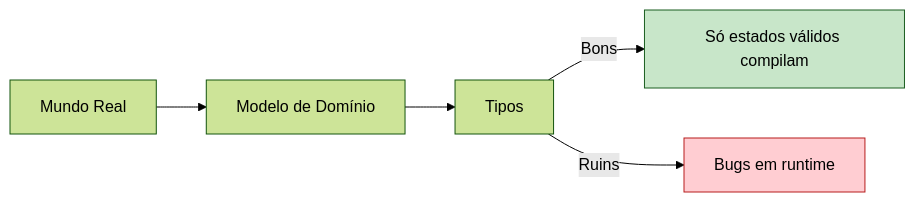
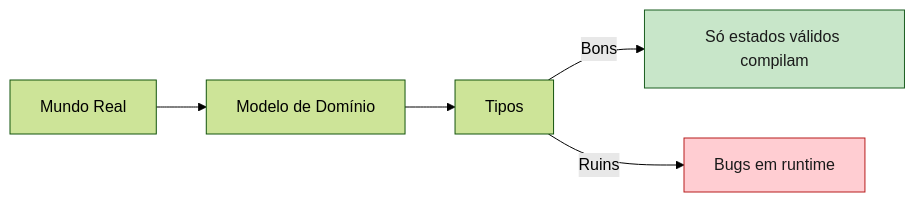
Before and after one commit to Felipeness/ferro-e-espirito: the first of 3 diagrams in book/part-05-composite-types/ch14-structs.md, drawn with Mermaid (forest theme). The commit also changed other lines of this file and 56 other files, not shown here.

First line of the commit message:
fix: contraste de texto em diagramas mermaid

````diff
--- a/book/part-05-composite-types/ch14-structs.md
+++ b/book/part-05-composite-types/ch14-structs.md
@@ -22,10 +22,10 @@
 ```mermaid
 graph LR
     Domínio[Mundo Real] --> Modelo[Modelo de Domínio]
     Modelo --> Tipos[Tipos]
     Tipos -->|Bons| Compila["Só estados válidos compilam"]
     Tipos -->|Ruins| Runtime["Bugs em runtime"]
 
-    style Compila fill:#c8e6c9,stroke:#1b5e20
-    style Runtime fill:#ffcdd2,stroke:#b71c1c
+    style Compila fill:#c8e6c9,stroke:#1b5e20,color:#1a1a1a
+    style Runtime fill:#ffcdd2,stroke:#b71c1c,color:#1a1a1a
 ```
````
